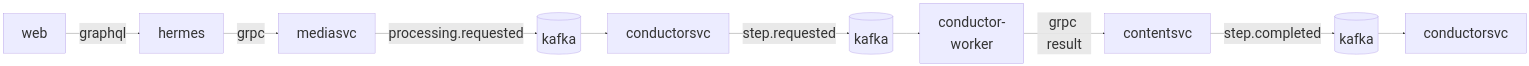
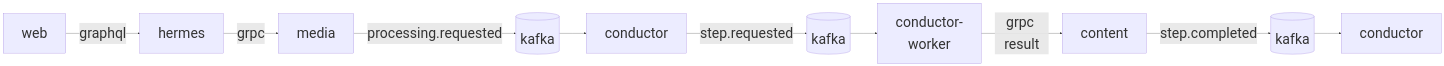
The diagram in proposal/mn2_brainstorm.md (william1nguyen/xgist), drawn with Mermaid before and after one commit. The commit also changed other lines of this file and 22 other files, not shown here.

````diff
--- a/proposal/mn2_brainstorm.md
+++ b/proposal/mn2_brainstorm.md
@@ -56,13 +56,13 @@
 ```mermaid
 %%{init: {"themeVariables": {"fontSize": "52px"}, "flowchart": {"curve": "linear", "padding": 34, "nodeSpacing": 80, "rankSpacing": 100}}}%%
 flowchart LR
     WEB["web"] -->|"graphql"| HERMES["hermes"]
-    HERMES -->|"grpc"| MEDIA["mediasvc"]
+    HERMES -->|"grpc"| MEDIA["media"]
     MEDIA -->|"processing.requested"| K1[("kafka")]
-    K1 --> CONDUCTOR["conductorsvc"]
+    K1 --> CONDUCTOR["conductor"]
     CONDUCTOR -->|"step.requested"| K2[("kafka")]
     K2 --> WORKER["conductor-worker"]
-    WORKER -->|"grpc result"| CONTENT["contentsvc"]
+    WORKER -->|"grpc result"| CONTENT["content"]
     CONTENT -->|"step.completed"| K3[("kafka")]
-    K3 --> CONDUCTOR2["conductorsvc"]
+    K3 --> CONDUCTOR2["conductor"]
 ```
````
